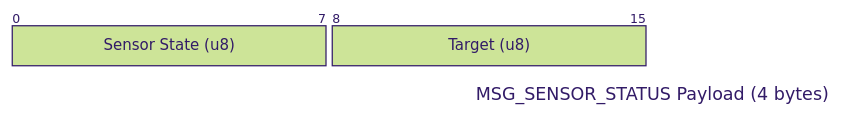
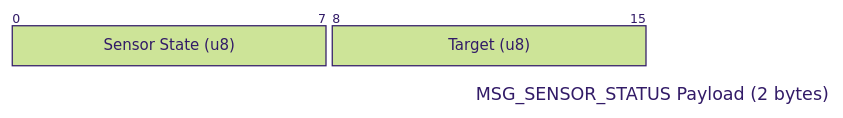
One commit to rafaelurben/raspberry-pi-pico-schlagzaehler changed the ninth of 20 diagrams in docs/protocol.md. Above: the diagram before and after it, drawn with Mermaid (forest theme). The commit also changed other lines of this file and 40 other files, not shown here.

````diff
--- a/docs/protocol.md
+++ b/docs/protocol.md
@@ -311,8 +311,8 @@
 ```mermaid
 ---
-title: "MSG_SENSOR_STATUS Payload (4 bytes)"
+title: "MSG_SENSOR_STATUS Payload (2 bytes)"
 ---
 packet
 0-7: "Sensor State (u8)"
 8-15: "Target (u8)"
 ```
````
